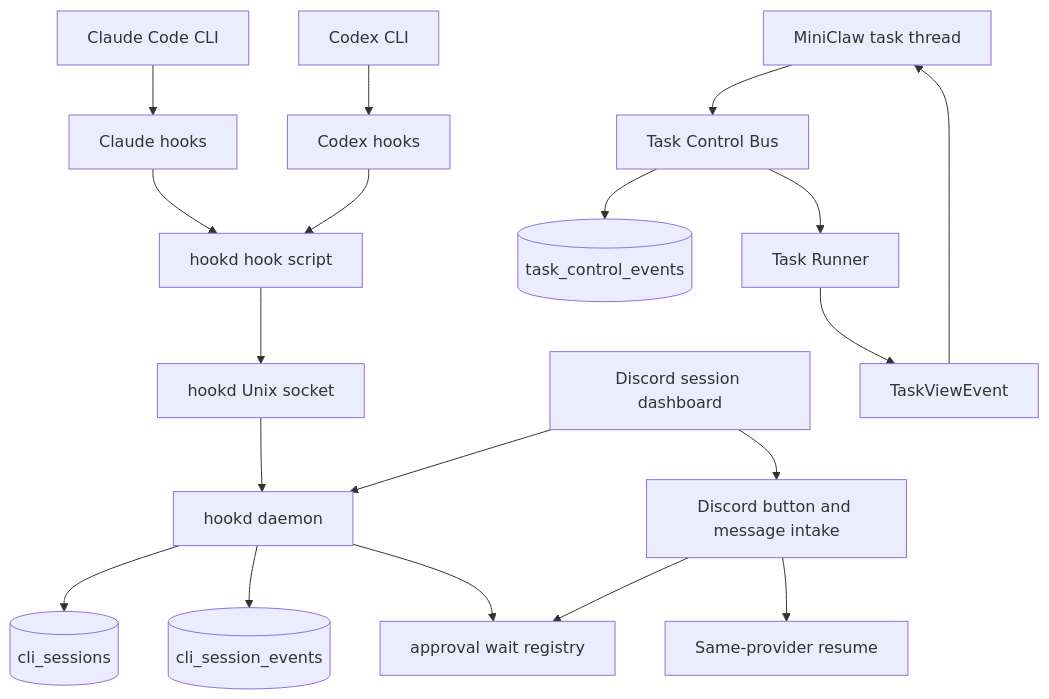
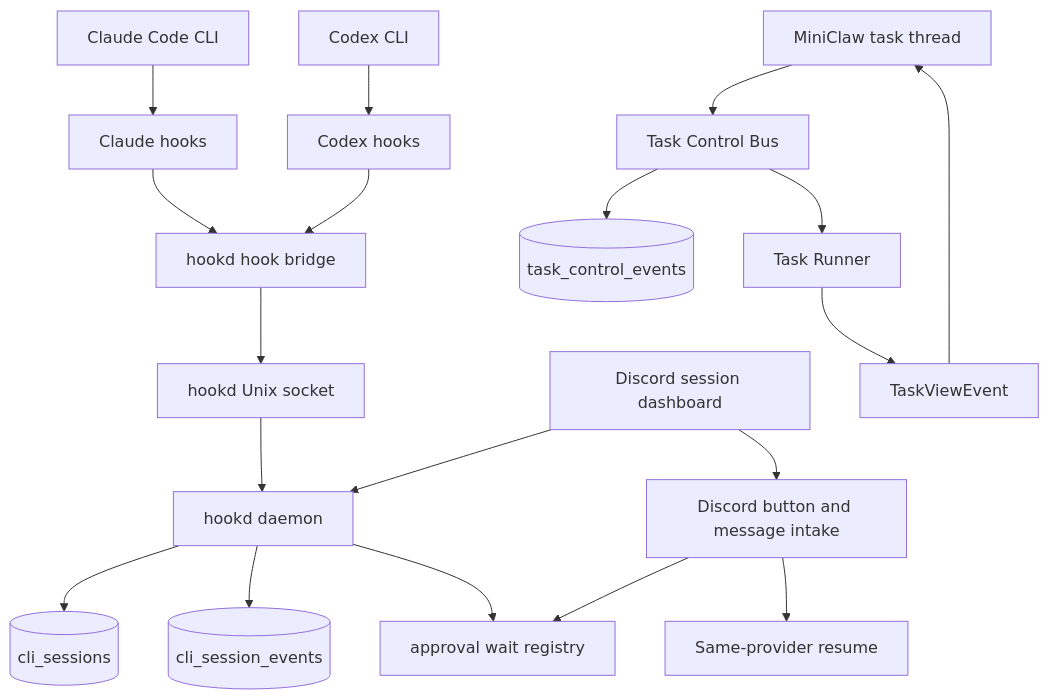
One commit to yuanyunfan/miniclaw changed the diagram in docs/plans/2026-05-25-discord-agent-control-plane.md. Above: the diagram before and after it, drawn with Mermaid. The commit also changed other lines of this file and 38 other files, not shown here.

````diff
--- a/docs/plans/2026-05-25-discord-agent-control-plane.md
+++ b/docs/plans/2026-05-25-discord-agent-control-plane.md
@@ -110,23 +110,23 @@
 ```mermaid
 flowchart TD
   CC[Claude Code CLI] --> HC[Claude hooks]
   CX[Codex CLI] --> HX[Codex hooks]
-  HC --> HS[hookd hook script]
+  HC --> HS[hookd hook bridge]
   HX --> HS
   HS --> S[hookd Unix socket]
   S --> H[hookd daemon]
   H --> CS[(cli_sessions)]
   H --> CE[(cli_session_events)]
   H --> AP[approval wait registry]
 
   D[Discord session dashboard] --> H
   D --> B[Discord button and message intake]
   B --> AP
   B --> R[Same-provider resume]
 
   MT[MiniClaw task thread] --> TC[Task Control Bus]
   TC --> TE[(task_control_events)]
   TC --> TR[Task Runner]
   TR --> TV[TaskViewEvent]
   TV --> MT
 ```
````
